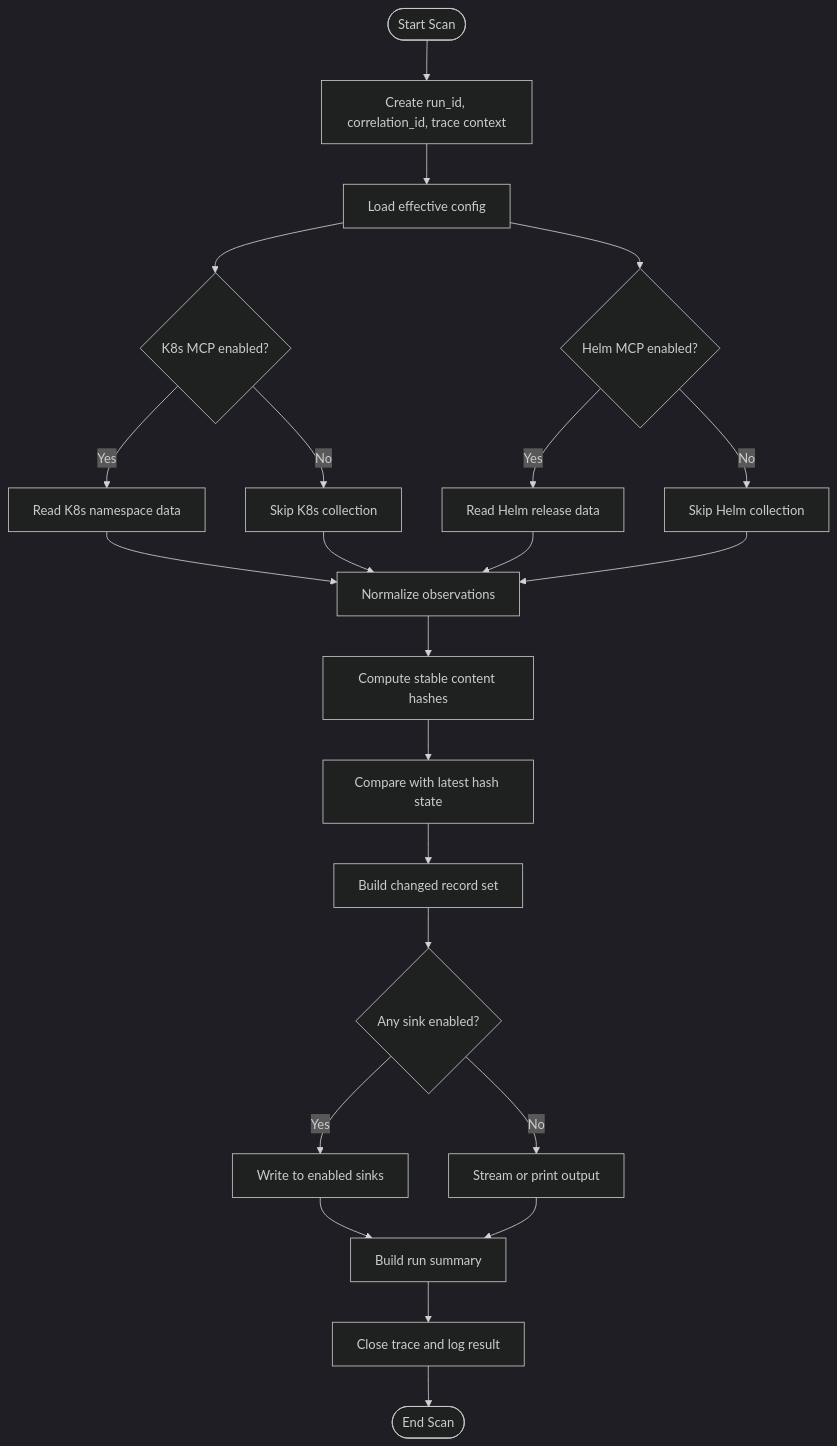
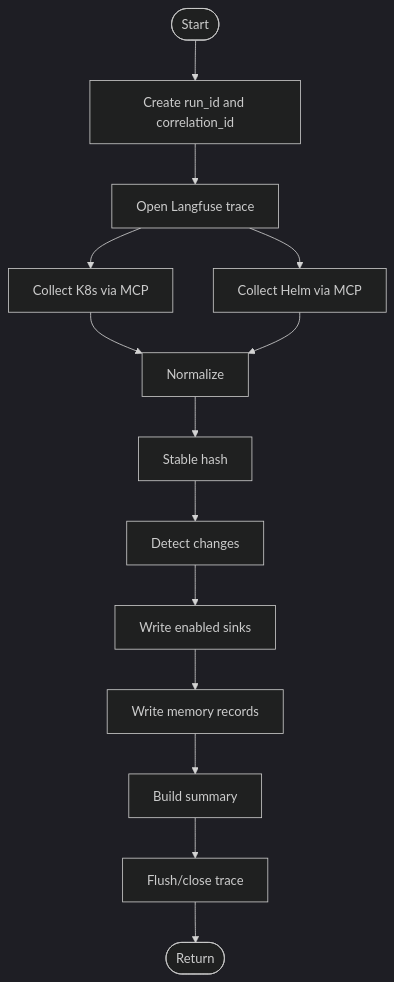
The first of 10 diagrams in docs/04_ALGORITHM_ANALYTICAL_MOP_AGENT.md (aveeshek/bosgenesis-k8s-data-ingestion-agent), drawn with Mermaid (dark theme) before and after one commit. The commit also changed other lines of this file and 4 other files, not shown here.

````diff
--- a/docs/04_ALGORITHM_ANALYTICAL_MOP_AGENT.md
+++ b/docs/04_ALGORITHM_ANALYTICAL_MOP_AGENT.md
@@ -33,31 +24,16 @@
 ```mermaid
 flowchart TD
-    Start([Start Scan]) --> Init[Create run_id, correlation_id, trace context]
-    Init --> Config[Load effective config]
-    Config --> CollectK8s{K8s MCP enabled?}
-    Config --> CollectHelm{Helm MCP enabled?}
-
-    CollectK8s -->|Yes| K8sRead[Read K8s namespace data]
-    CollectK8s -->|No| SkipK8s[Skip K8s collection]
-
-    CollectHelm -->|Yes| HelmRead[Read Helm release data]
-    CollectHelm -->|No| SkipHelm[Skip Helm collection]
-
-    K8sRead --> Normalize[Normalize observations]
-    HelmRead --> Normalize
-    SkipK8s --> Normalize
-    SkipHelm --> Normalize
-
-    Normalize --> Hash[Compute stable content hashes]
-    Hash --> Compare[Compare with latest hash state]
-    Compare --> Changed[Build changed record set]
-
-    Changed --> Persist{Any sink enabled?}
-    Persist -->|Yes| SinkRouter[Write to enabled sinks]
-    Persist -->|No| Stream[Stream or print output]
-
-    SinkRouter --> Summary[Build run summary]
-    Stream --> Summary
-    Summary --> TraceClose[Close trace and log result]
-    TraceClose --> End([End Scan])
+    Start([Start]) --> Context["Create run_id and correlation_id"]
+    Context --> Trace["Open Langfuse trace"]
+    Trace --> K8S["Collect K8s via MCP"]
+    Trace --> Helm["Collect Helm via MCP"]
+    K8S --> Normalize["Normalize"]
+    Helm --> Normalize
+    Normalize --> Hash["Stable hash"]
+    Hash --> Detect["Detect changes"]
+    Detect --> Sink["Write enabled sinks"]
+    Sink --> Memory["Write memory records"]
+    Memory --> Summary["Build summary"]
+    Summary --> Close["Flush/close trace"]
+    Close --> End([Return])
 ```
````
